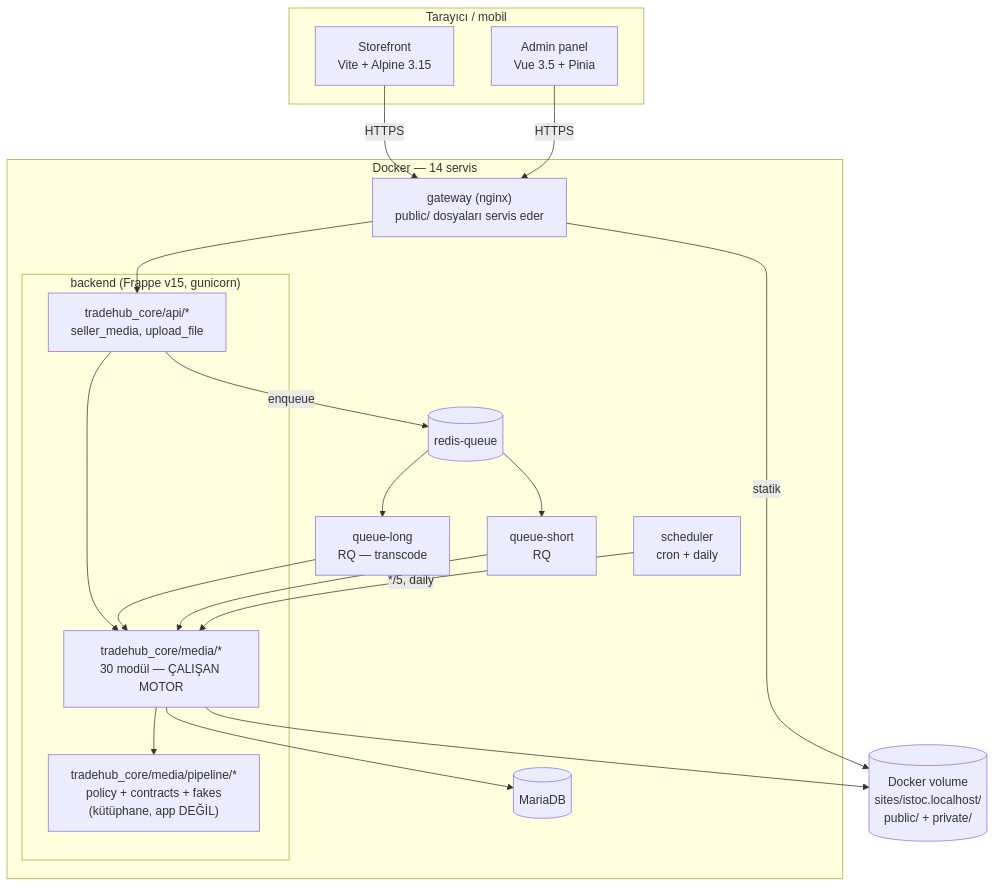
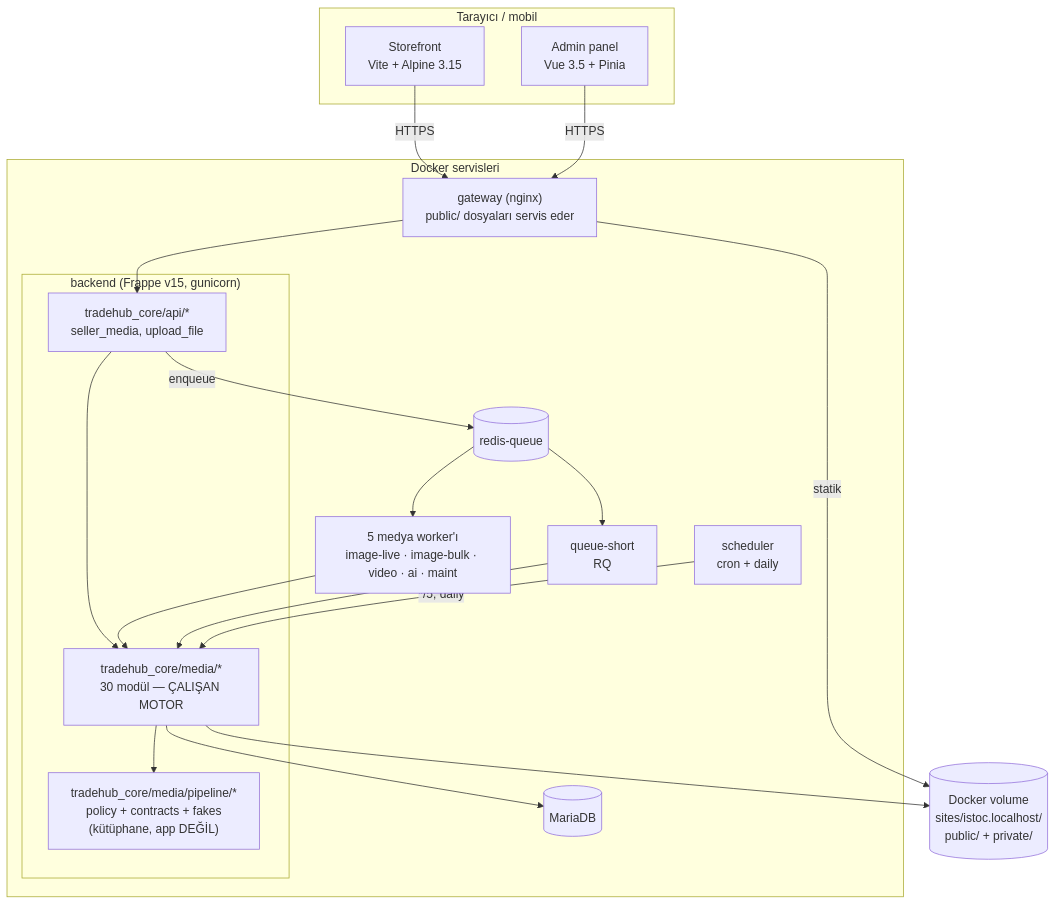
Before and after one commit to tradehub-tr/tradehub_core: the second of 11 diagrams in docs/sad/SAD-v1.0.md, drawn with Mermaid. The commit also changed other lines of this file and 327 other files, not shown here.

````diff
--- a/docs/sad/SAD-v1.0.md
+++ b/docs/sad/SAD-v1.0.md
@@ -174,38 +177,38 @@
 ```mermaid
 graph TB
     subgraph tarayici["Tarayıcı / mobil"]
         SF["Storefront<br/>Vite + Alpine 3.15"]
         AP["Admin panel<br/>Vue 3.5 + Pinia"]
     end
 
-    subgraph docker["Docker — 14 servis"]
+    subgraph docker["Docker servisleri"]
         GW["gateway (nginx)<br/>public/ dosyaları servis eder"]
         subgraph backend["backend (Frappe v15, gunicorn)"]
             API["tradehub_core/api/*<br/>seller_media, upload_file"]
             MEDIA["tradehub_core/media/*<br/>30 modül — ÇALIŞAN MOTOR"]
             ENGINE["tradehub_core/media/pipeline/*<br/>policy + contracts + fakes<br/>(kütüphane, app DEĞİL)"]
         end
         QS["queue-short<br/>RQ"]
-        QL["queue-long<br/>RQ — transcode"]
+        QL["5 medya worker'ı<br/>image-live · image-bulk · video · ai · maint"]
         SCH["scheduler<br/>cron + daily"]
         RD[("redis-queue")]
         MDB[("MariaDB")]
     end
 
     DISKV[("Docker volume<br/>sites/istoc.localhost/<br/>public/ + private/")]
 
     SF -->|"HTTPS"| GW
     AP -->|"HTTPS"| GW
     GW --> API
     API --> MEDIA
     MEDIA --> ENGINE
     API -->|"enqueue"| RD
     RD --> QS
     RD --> QL
     QL --> MEDIA
     QS --> MEDIA
     SCH -->|"*/5, daily"| MEDIA
     MEDIA --> MDB
     MEDIA --> DISKV
     GW -->|"statik"| DISKV
 ```
````
